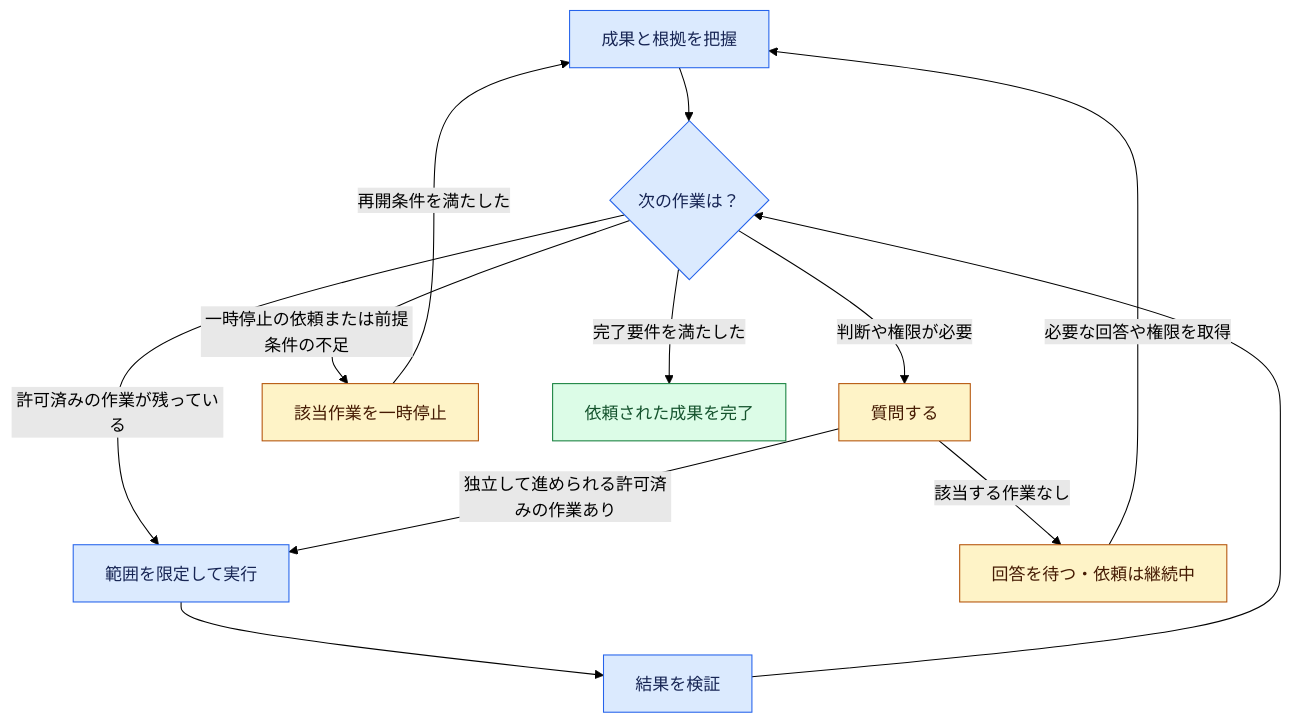
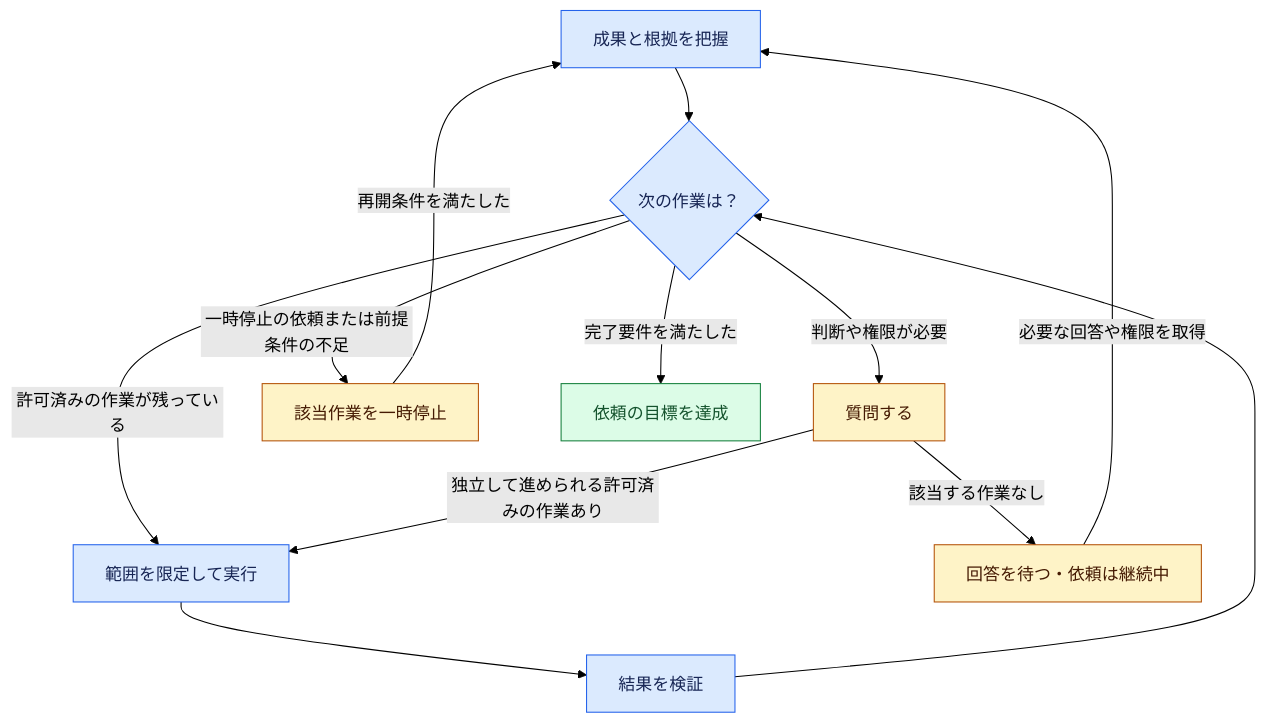
Before and after one commit to Lusona/ai-skills: the diagram in README.ja.md, drawn with Mermaid (forest theme). The commit also changed other lines of this file and 5 other files, not shown here.

````diff
--- a/README.ja.md
+++ b/README.ja.md
@@ -146,21 +148,21 @@
 ```mermaid
 flowchart TD
     Understand[成果と根拠を把握] --> Assess{次の作業は？}
     Assess -->|許可済みの作業が残っている| Act[範囲を限定して実行]
     Act --> Check[結果を検証]
     Check --> Assess
     Assess -->|判断や権限が必要| Ask[質問する]
     Ask -->|独立して進められる許可済みの作業あり| Act
     Ask -->|該当する作業なし| Wait[回答を待つ・依頼は継続中]
     Wait -->|必要な回答や権限を取得| Understand
     Assess -->|一時停止の依頼または前提条件の不足| Pause[該当作業を一時停止]
     Pause -->|再開条件を満たした| Understand
-    Assess -->|完了要件を満たした| Done[依頼された成果を完了]
+    Assess -->|完了要件を満たした| Done[依頼の目標を達成]
 
     classDef work fill:#dbeafe,stroke:#2563eb,color:#172554
     classDef input fill:#fef3c7,stroke:#b45309,color:#451a03
     classDef complete fill:#dcfce7,stroke:#15803d,color:#14532d
     class Understand,Assess,Act,Check work
     class Ask,Wait,Pause input
     class Done complete
 ```
````
